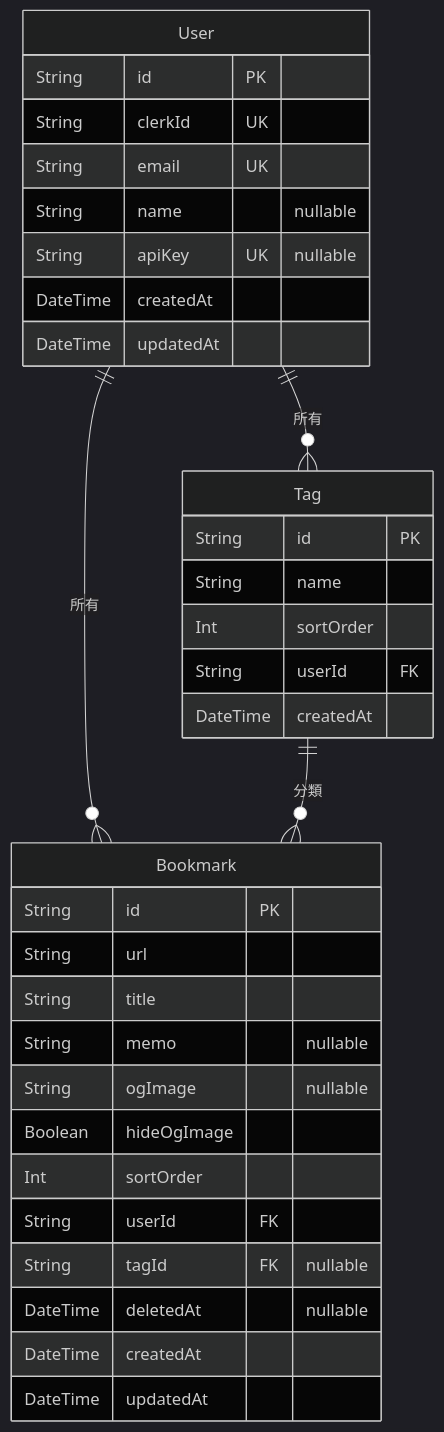
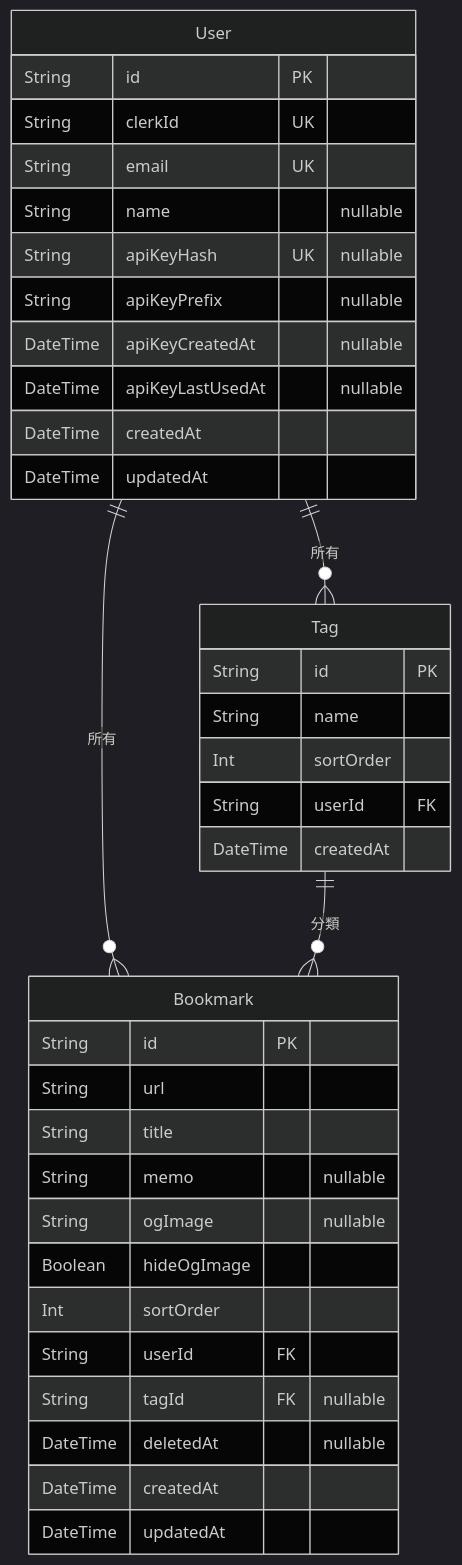
Before and after one commit to ot-nemoto/link-hub: the diagram in docs/schema.md, drawn with Mermaid (dark theme). The commit also changed other lines of this file and 12 other files, not shown here.

````diff
--- a/docs/schema.md
+++ b/docs/schema.md
@@ -9,37 +9,40 @@
 ```mermaid
 erDiagram
     User {
         String id PK
         String clerkId UK
         String email UK
         String name "nullable"
-        String apiKey UK "nullable"
+        String apiKeyHash UK "nullable"
+        String apiKeyPrefix "nullable"
+        DateTime apiKeyCreatedAt "nullable"
+        DateTime apiKeyLastUsedAt "nullable"
         DateTime createdAt
         DateTime updatedAt
     }
     Bookmark {
         String id PK
         String url
         String title
         String memo "nullable"
         String ogImage "nullable"
         Boolean hideOgImage
         Int sortOrder
         String userId FK
         String tagId FK "nullable"
         DateTime deletedAt "nullable"
         DateTime createdAt
         DateTime updatedAt
     }
     Tag {
         String id PK
         String name
         Int sortOrder
         String userId FK
         DateTime createdAt
     }
 
     User ||--o{ Bookmark : "所有"
     User ||--o{ Tag : "所有"
     Tag ||--o{ Bookmark : "分類"
 ```
````
